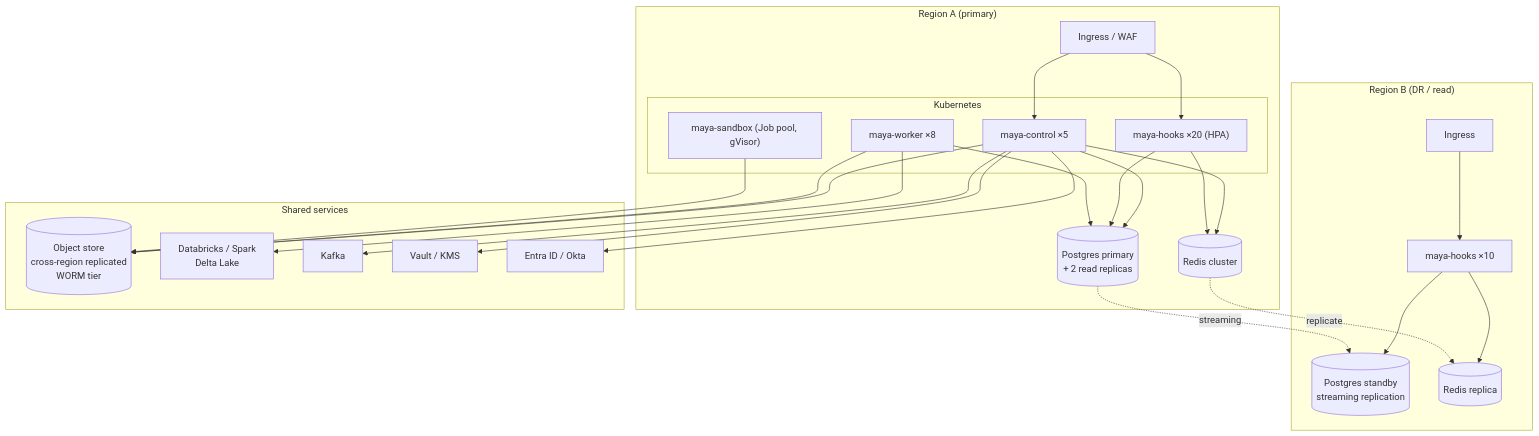
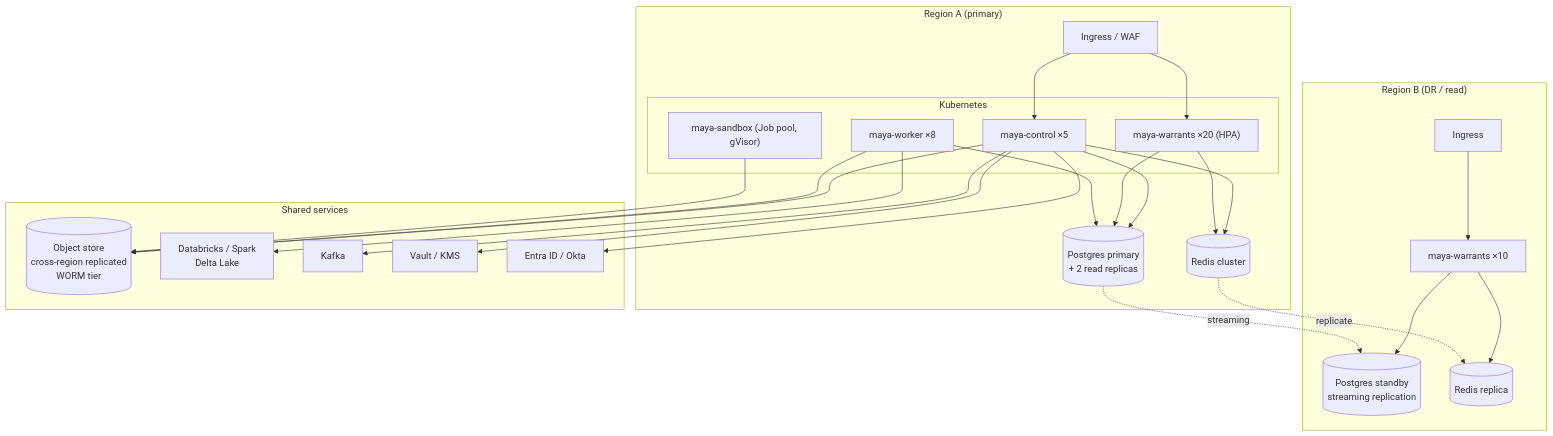
Diagram 11 of 11 in docs/04-architecture.md (ajsinha/maya), drawn with Mermaid before and after one commit. The commit also changed other lines of this file and 50 other files, not shown here.

````diff
--- a/docs/04-architecture.md
+++ b/docs/04-architecture.md
@@ -935,38 +935,38 @@
 ```mermaid
 flowchart TB
     subgraph REGION_A["Region A (primary)"]
         LB_A["Ingress / WAF"]
         subgraph K8S_A["Kubernetes"]
             CTRL_A["maya-control ×5"]
-            HOOK_A["maya-hooks ×20 (HPA)"]
+            WARRANT_A["maya-warrants ×20 (HPA)"]
             WORK_A["maya-worker ×8"]
             SBX_A["maya-sandbox (Job pool, gVisor)"]
         end
         PG_A[("Postgres primary<br/>+ 2 read replicas")]
         RD_A[("Redis cluster")]
     end
     subgraph REGION_B["Region B (DR / read)"]
         LB_B["Ingress"]
-        HOOK_B["maya-hooks ×10"]
+        WARRANT_B["maya-warrants ×10"]
         PG_B[("Postgres standby<br/>streaming replication")]
         RD_B[("Redis replica")]
     end
     subgraph SHARED["Shared services"]
         OBJ[("Object store<br/>cross-region replicated<br/>WORM tier")]
         DBX["Databricks / Spark<br/>Delta Lake"]
         KAF["Kafka"]
         VAULT["Vault / KMS"]
         IDP["Entra ID / Okta"]
     end
 
-    LB_A --> CTRL_A & HOOK_A
-    LB_B --> HOOK_B
+    LB_A --> CTRL_A & WARRANT_A
+    LB_B --> WARRANT_B
     CTRL_A --> PG_A & RD_A & OBJ & KAF
-    HOOK_A --> RD_A & PG_A
-    HOOK_B --> RD_B & PG_B
+    WARRANT_A --> RD_A & PG_A
+    WARRANT_B --> RD_B & PG_B
     WORK_A --> PG_A & DBX & OBJ
     SBX_A --> OBJ
     PG_A -.->|streaming| PG_B
     RD_A -.->|replicate| RD_B
     CTRL_A --> VAULT & IDP
 ```
````
